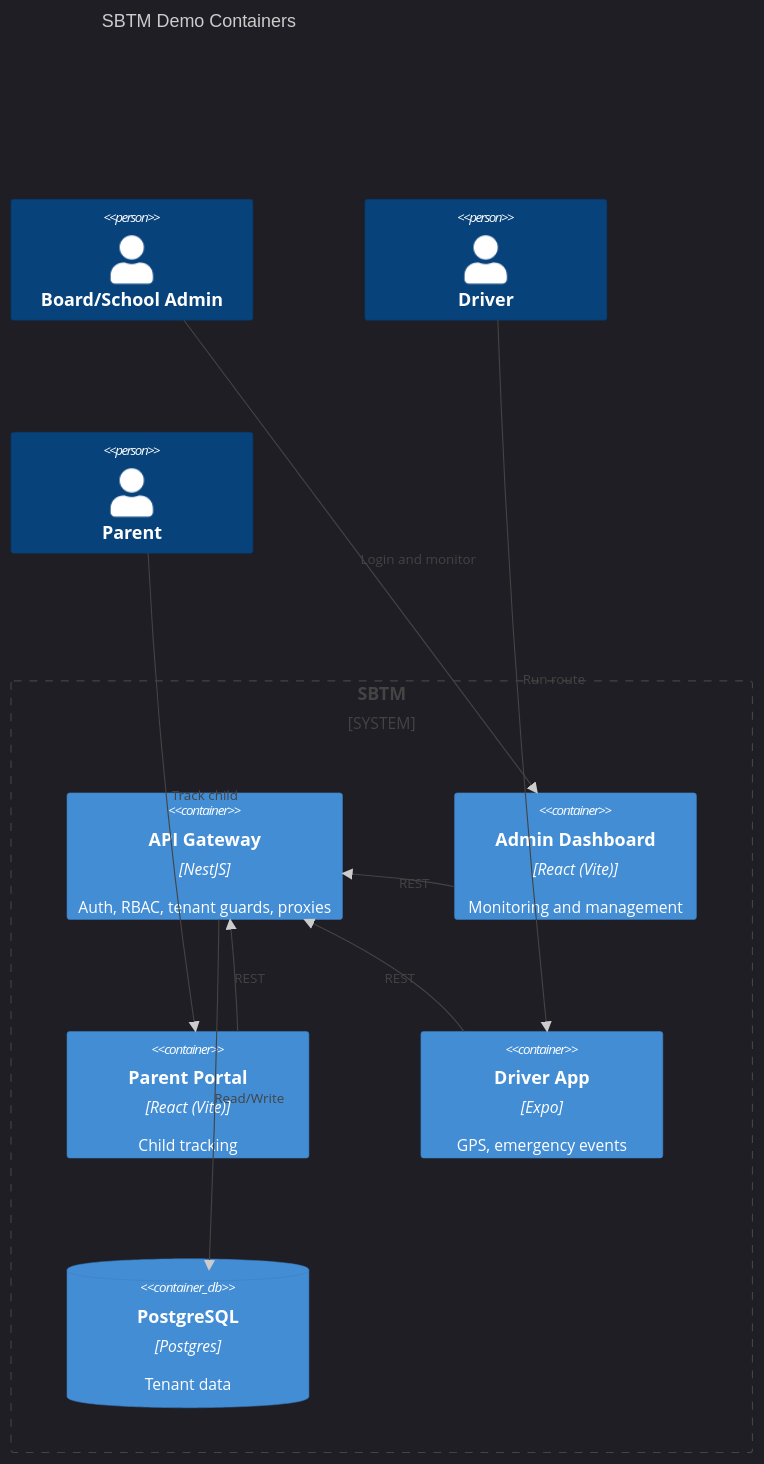
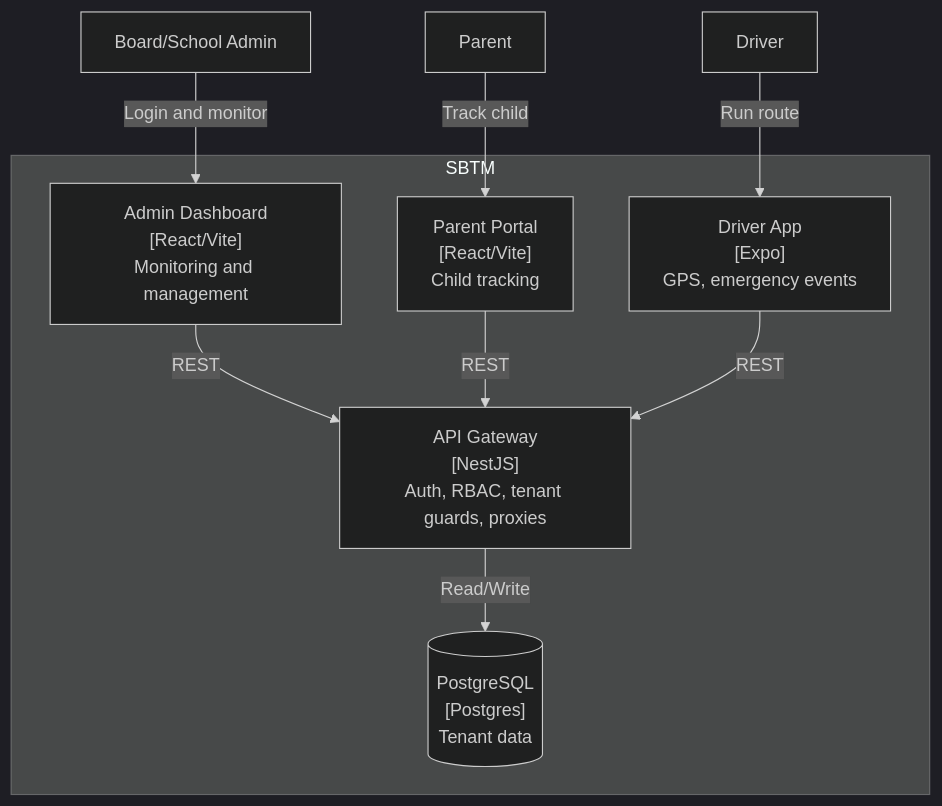
The fourth of 4 diagrams in docs/Demo/DEMO_SETUP_GUIDE.md (arvinddhasmana/SBTM), drawn with Mermaid (dark theme) before and after one commit. The commit also changed other lines of this file and 2 other files, not shown here.

Commit message:
fix: convert C4 diagrams to plain Mermaid and fix CI pnpm version conflict
Agent-Logs-Url: https://github.com/arvinddhasmana/SBTM_AntiGravity/sessions/fb662990-afea-4579-96f7-2b3f955e2317

````diff
--- a/docs/Demo/DEMO_SETUP_GUIDE.md
+++ b/docs/Demo/DEMO_SETUP_GUIDE.md
@@ -78,21 +78,22 @@
 ```mermaid
-C4Container
-  title SBTM Demo Containers
-  Person(admin, "Board/School Admin")
-  Person(driver, "Driver")
-  Person(parent, "Parent")
-  System_Boundary(sbtm, "SBTM") {
-    Container(gateway, "API Gateway", "NestJS", "Auth, RBAC, tenant guards, proxies")
-    Container(adminUi, "Admin Dashboard", "React (Vite)", "Monitoring and management")
-    Container(parentUi, "Parent Portal", "React (Vite)", "Child tracking")
-    Container(driverApp, "Driver App", "Expo", "GPS, emergency events")
-    ContainerDb(db, "PostgreSQL", "Postgres", "Tenant data")
-  }
-  Rel(admin, adminUi, "Login and monitor")
-  Rel(driver, driverApp, "Run route")
-  Rel(parent, parentUi, "Track child")
-  Rel(adminUi, gateway, "REST")
-  Rel(parentUi, gateway, "REST")
-  Rel(driverApp, gateway, "REST")
-  Rel(gateway, db, "Read/Write")
+graph TB
+    Admin["Board/School Admin"]
+    Driver["Driver"]
+    Parent["Parent"]
+
+    subgraph SBTM_Boundary ["SBTM"]
+        Gateway["API Gateway<br/>[NestJS]<br/>Auth, RBAC, tenant guards, proxies"]
+        AdminUI["Admin Dashboard<br/>[React/Vite]<br/>Monitoring and management"]
+        ParentUI["Parent Portal<br/>[React/Vite]<br/>Child tracking"]
+        DriverApp["Driver App<br/>[Expo]<br/>GPS, emergency events"]
+        DB[("PostgreSQL<br/>[Postgres]<br/>Tenant data")]
+    end
+
+    Admin -- "Login and monitor" --> AdminUI
+    Driver -- "Run route" --> DriverApp
+    Parent -- "Track child" --> ParentUI
+    AdminUI -- "REST" --> Gateway
+    ParentUI -- "REST" --> Gateway
+    DriverApp -- "REST" --> Gateway
+    Gateway -- "Read/Write" --> DB
 ```
````
